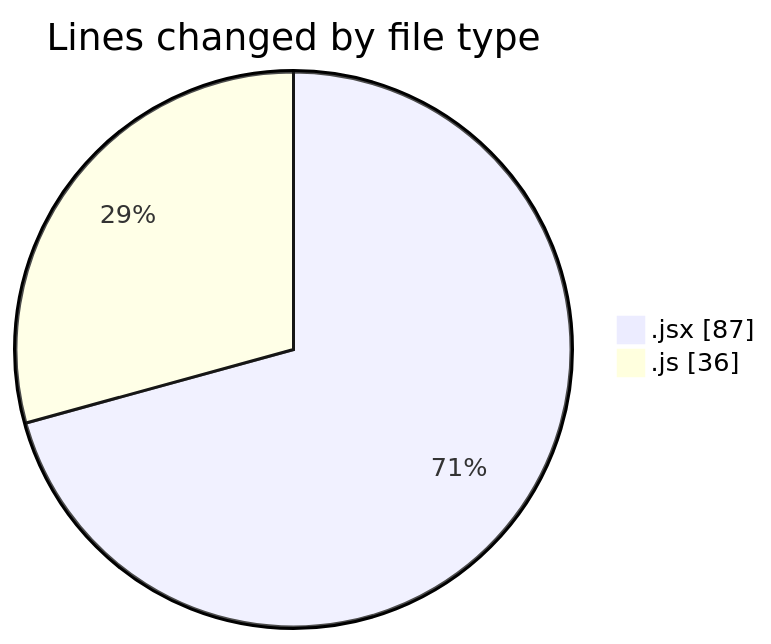
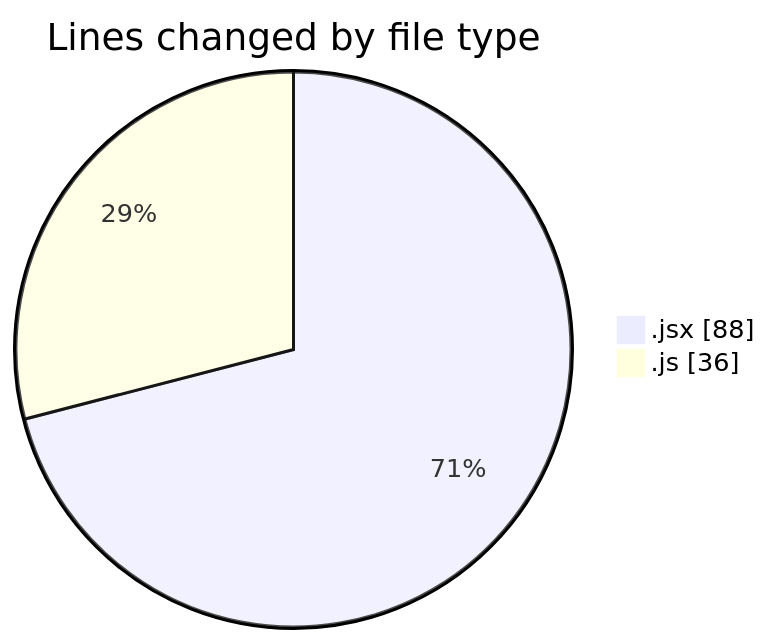
One commit to nxtqubesakshisongat/code-tracking changed the first of 2 diagrams in 2025-06-17/nxtqube_webapp/README.md. Above: the diagram before and after it, drawn with Mermaid. The commit also changed other lines of this file and 1 other file, not shown here.

````diff
--- a/2025-06-17/nxtqube_webapp/README.md
+++ b/2025-06-17/nxtqube_webapp/README.md
@@ -21,6 +21,6 @@
 ```mermaid
 pie showData
 title Lines changed by file type
-".jsx" : 87
+".jsx" : 88
 ".js" : 36
 ```
````
